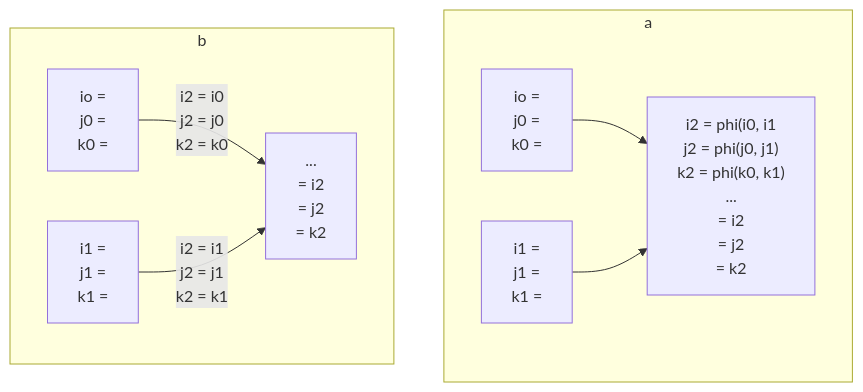
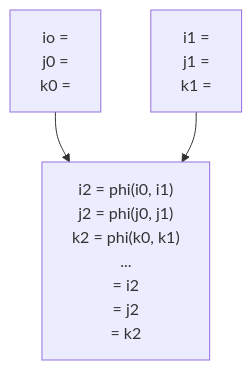
Before and after one commit to normrubin/normrubin.github.io: the third of 14 diagrams in lectures/06_ssa.qmd, drawn with Mermaid. The commit also changed other lines of this file and 4 other files, not shown here.

````diff
--- a/lectures/06_ssa.qmd
+++ b/lectures/06_ssa.qmd
@@ -163,40 +203,20 @@
 ```{mermaid}
-graph TD;
-subgraph a;
+%%{init: {"flowchart": {"htmlLabels": false}} }%%
+graph TD
  A0["io =
      j0 = 
      k0 ="]
 A1["i1 =
    j1 =
    k1 = "]
-A2["i2 = phi(i0, i1
+A2["i2 = phi(i0, i1)
    j2 = phi(j0, j1)
    k2 = phi(k0, k1)
    ...
     = i2
     = j2 
     = k2"]
+
     A0 --> A2
     A1--> A2
- end
-subgraph b;
- B0["io =
-     j0 = 
-     k0 ="]
-B1["i1 =
-   j1 =
-   k1 = "]
-B2["
-   ...
-    = i2
-    = j2 
-    = k2"]
-    B0 --"i2 = i0
-       j2 = j0
-       k2 = k0"--> B2
-    B1 --"i2 = i1
-          j2 = j1
-          k2 = k1"--> B2
-end
-
-```
+ ```
````
